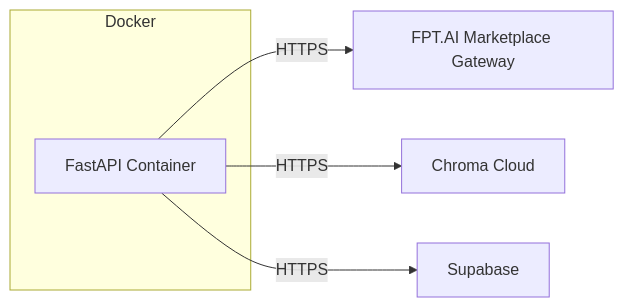
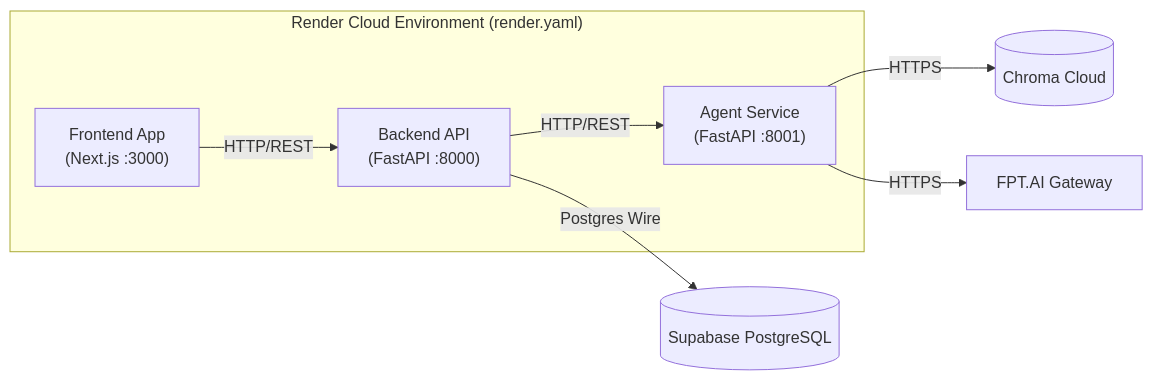
One commit to luongducthangDS/Enterprise-Document-Intelligence changed the second of 2 diagrams in ARCHITECTURE.md. Above: the diagram before and after it, drawn with Mermaid. The commit also changed other lines of this file and 15 other files, not shown here.

````diff
--- a/ARCHITECTURE.md
+++ b/ARCHITECTURE.md
@@ -121,9 +174,14 @@
 ```mermaid
 graph LR
-    subgraph Docker
-        BE[FastAPI Container]
+    subgraph RenderCloud["Render Cloud Environment (render.yaml)"]
+        AgentContainer["Agent Service<br/>(FastAPI :8001)"]
+        BackendContainer["Backend API<br/>(FastAPI :8000)"]
+        FrontendContainer["Frontend App<br/>(Next.js :3000)"]
     end
-    BE -->|HTTPS| FPT[FPT.AI Marketplace Gateway]
-    BE -->|HTTPS| Chroma[Chroma Cloud]
-    BE -->|HTTPS| Supabase[Supabase]
+
+    FrontendContainer -->|HTTP/REST| BackendContainer
+    BackendContainer -->|HTTP/REST| AgentContainer
+    BackendContainer -->|Postgres Wire| SupabaseDB[("Supabase PostgreSQL")]
+    AgentContainer -->|HTTPS| ChromaDB[("Chroma Cloud")]
+    AgentContainer -->|HTTPS| FPTGateway["FPT.AI Gateway"]
 ```
````
